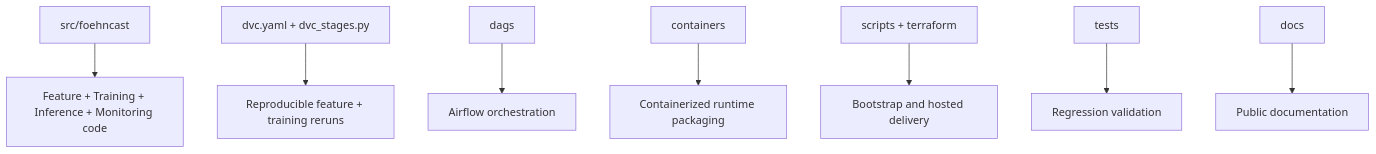
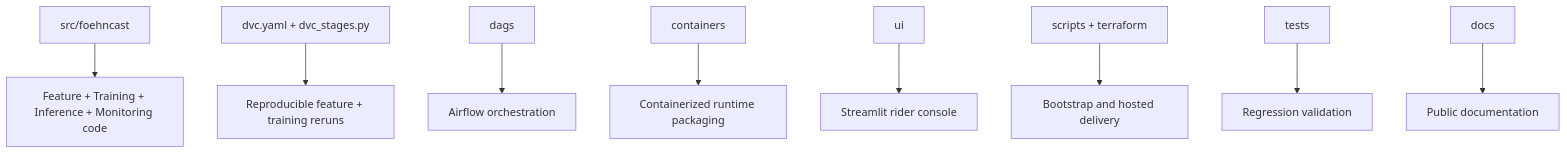
The diagram in docs/site/system/repository.md (javihslu/foehncast), drawn with Mermaid before and after one commit. The commit also changed other lines of this file and 5 other files, not shown here.

```diff
--- a/docs/site/system/repository.md
+++ b/docs/site/system/repository.md
@@ -30,10 +31,11 @@
 <div class="mermaid">
 flowchart TD
   CODE[src/foehncast] --> APP[Feature + Training + Inference + Monitoring code]
   DVC[dvc.yaml + dvc_stages.py] --> REPRO[Reproducible feature + training reruns]
   DAGS[dags] --> ORCH[Airflow orchestration]
   CNT[containers] --> PACK[Containerized runtime packaging]
+  UI[ui] --> RIDER[Streamlit rider console]
   OPS[scripts + terraform] --> DELIV[Bootstrap and hosted delivery]
   TESTS[tests] --> VERIFY[Regression validation]
   DOCS[docs] --> SITE[Public documentation]
 </div>
```
